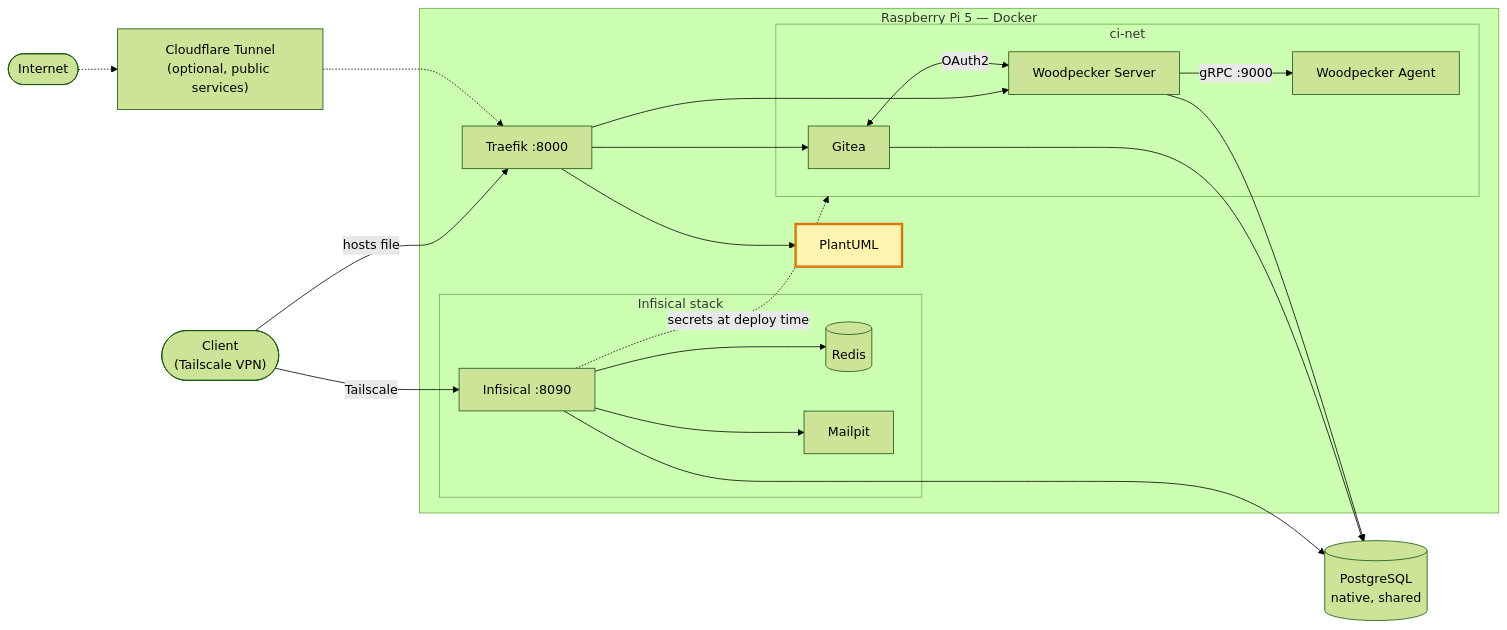
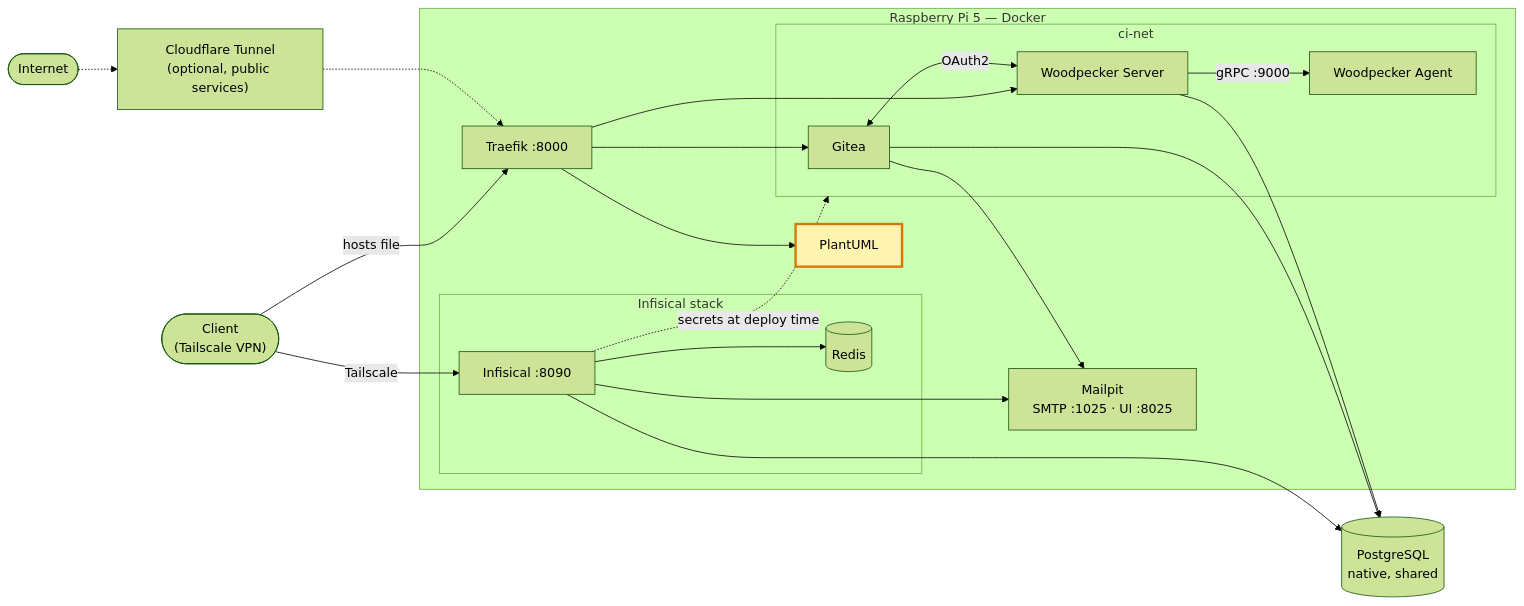
The diagram in README.fr.md (Alithiel31/plantuml-traefik), drawn with Mermaid (forest theme) before and after one commit. The commit also changed 1 other file, not shown here.

Commit message:
docs: show Mailpit as a standalone service in the architecture diagram

````diff
--- a/README.fr.md
+++ b/README.fr.md
@@ -17,34 +17,35 @@
 ```mermaid
 flowchart LR
     client(["Client<br/>(Tailscale VPN)"])
     internet(["Internet"])
     cf["Cloudflare Tunnel<br/>(optional, public services)"]
     subgraph pi ["Raspberry Pi 5 — Docker"]
         traefik["Traefik :8000"]
         subgraph ci ["ci-net"]
             gitea["Gitea"]
             wps["Woodpecker Server"]
             wpa["Woodpecker Agent"]
         end
         plantuml["PlantUML"]
+        mailpit["Mailpit<br/>SMTP :1025 · UI :8025"]
         subgraph vault ["Infisical stack"]
             infisical["Infisical :8090"]
             redis[("Redis")]
-            mailpit["Mailpit"]
         end
     end
     pg[("PostgreSQL<br/>native, shared")]
 
     client -->|"hosts file"| traefik
     internet -.-> cf -.-> traefik
     traefik --> gitea & wps & plantuml
     gitea <-->|OAuth2| wps
     wps -->|"gRPC :9000"| wpa
     gitea & wps & infisical --> pg
-    infisical --> redis & mailpit
+    infisical --> redis
+    infisical & gitea --> mailpit
     client -->|"Tailscale"| infisical
     infisical -.->|"secrets at deploy time"| ci
 
     classDef current fill:#fff3b0,stroke:#d97706,stroke-width:3px,color:#000
     class plantuml current
 ```
````
